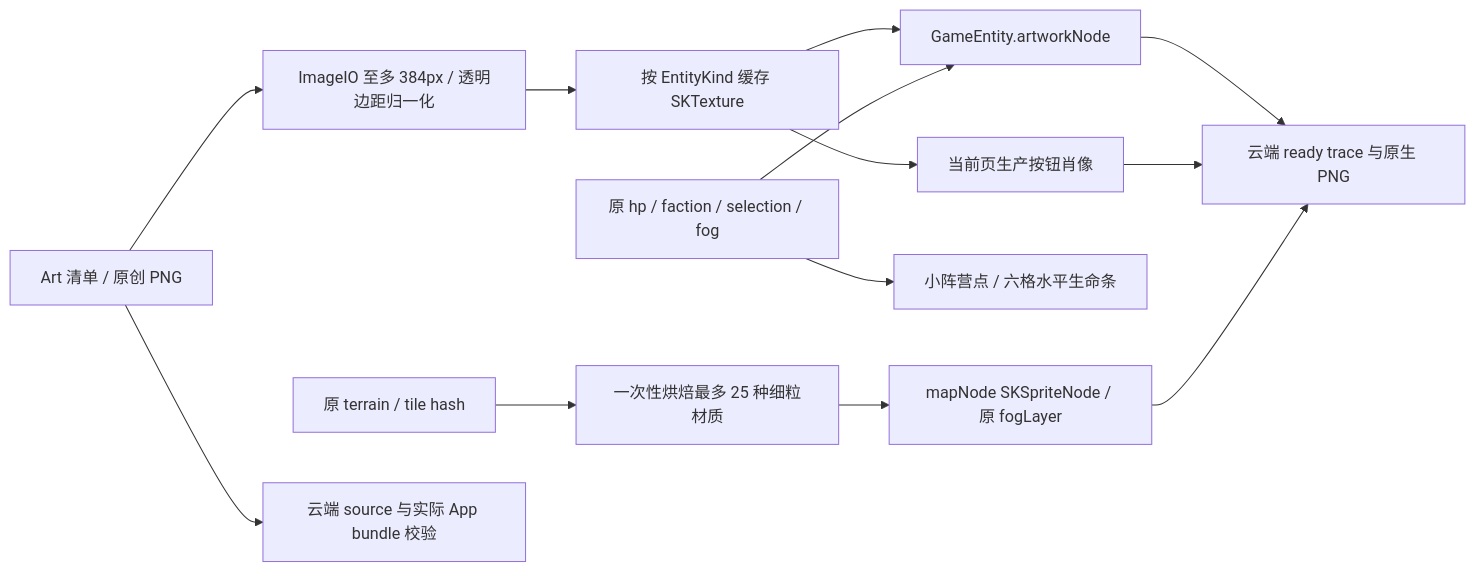
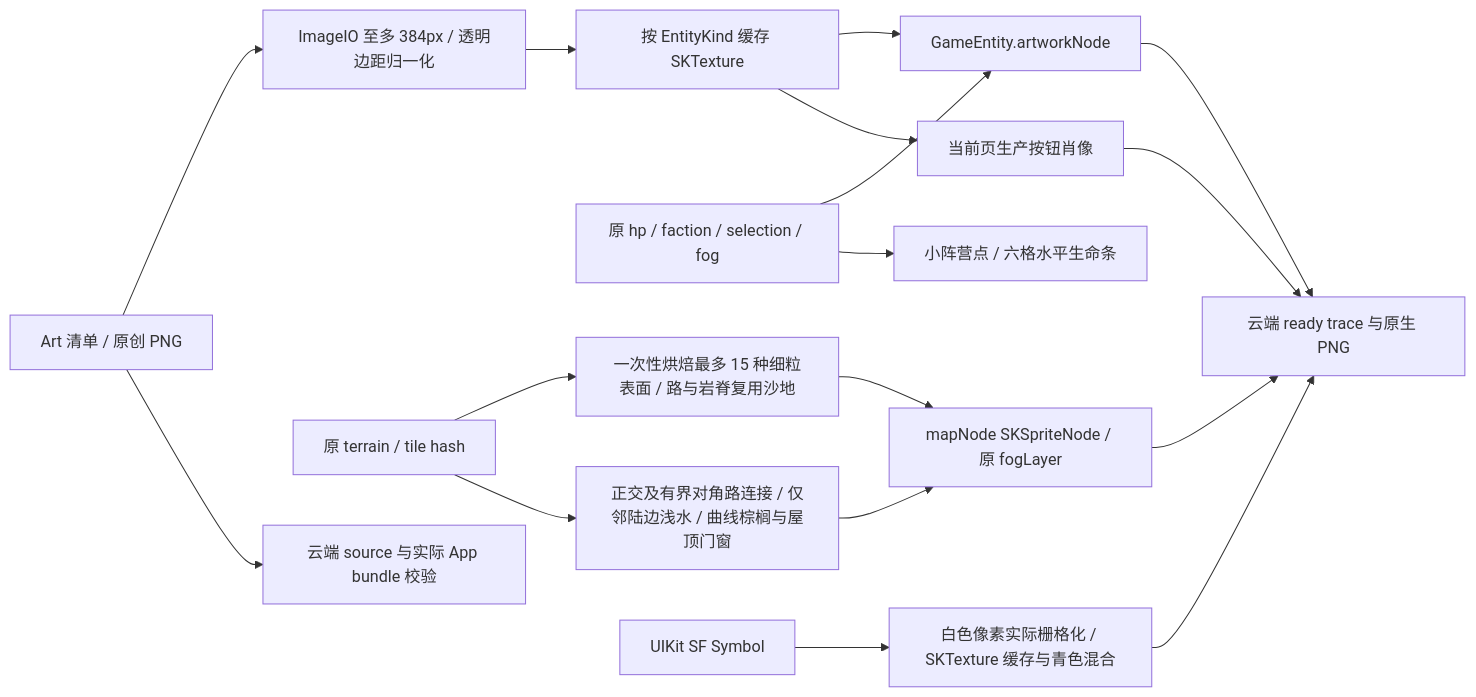
The tenth of 10 diagrams in md/flow/flowchart.md (Altman-sam114/1145), drawn with Mermaid before and after one commit. The commit also changed other lines of this file and 6 other files, not shown here.

Commit message:
v6.3: 提升命令图标对比并精修沙漠海岸场景

````diff
--- a/md/flow/flowchart.md
+++ b/md/flow/flowchart.md
@@ -326,15 +326,19 @@
 ```mermaid
 flowchart LR
   Manifest[Art 清单 / 原创 PNG] --> Decode[ImageIO 至多 384px / 透明边距归一化]
   Decode --> Cache[按 EntityKind 缓存 SKTexture]
   Cache --> Body[GameEntity.artworkNode]
   Cache --> Portrait[当前页生产按钮肖像]
   State[原 hp / faction / selection / fog] --> Body
   State --> Markers[小阵营点 / 六格水平生命条]
-  Terrain[原 terrain / tile hash] --> Bake[一次性烘焙最多 25 种细粒材质]
+  Terrain[原 terrain / tile hash] --> Bake[一次性烘焙最多 15 种细粒表面 / 路与岩脊复用沙地]
   Bake --> Map[mapNode SKSpriteNode / 原 fogLayer]
+  Terrain --> Detail[正交及有界对角路连接 / 仅邻陆边浅水 / 曲线棕榈与屋顶门窗]
+  Detail --> Map
+  Symbol[UIKit SF Symbol] --> Raster[白色像素实际栅格化 / SKTexture 缓存与青色混合]
+  Raster --> Screen
   Manifest --> Verify[云端 source 与实际 App bundle 校验]
   Body --> Screen[云端 ready trace 与原生 PNG]
   Portrait --> Screen
   Map --> Screen
 ```
````
